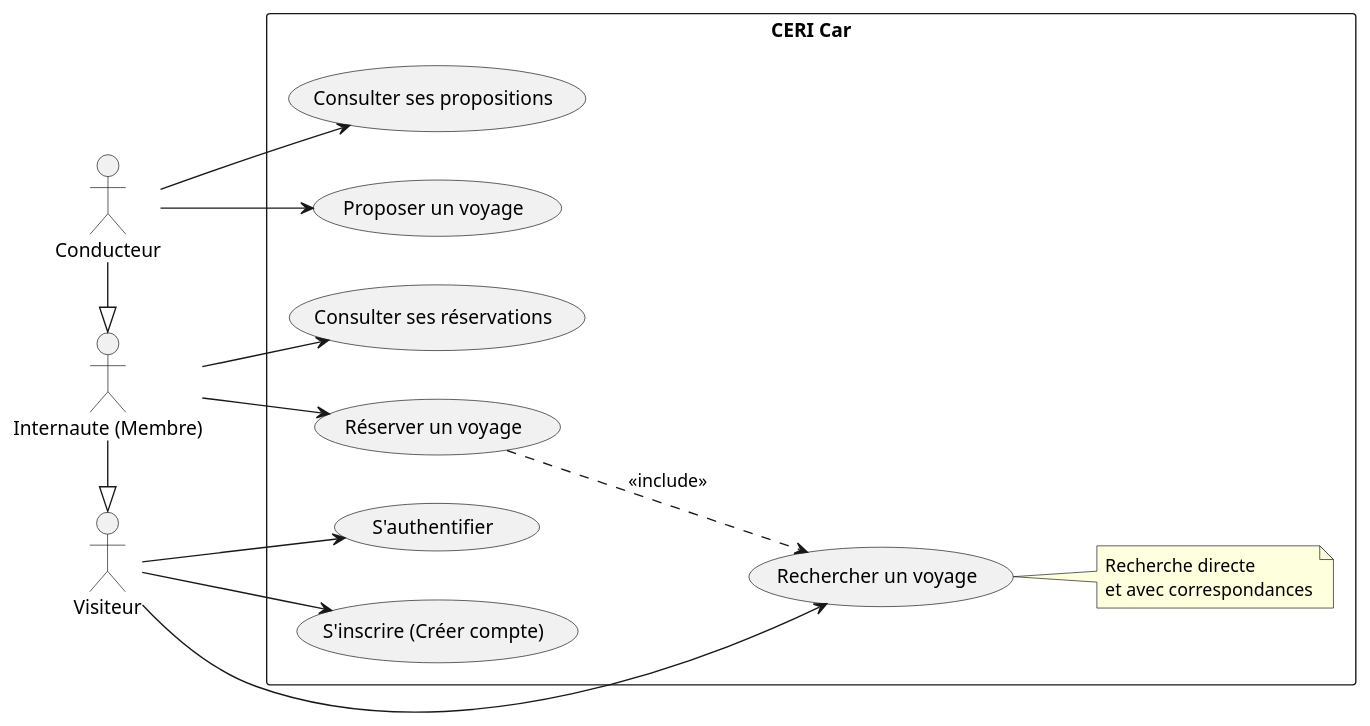
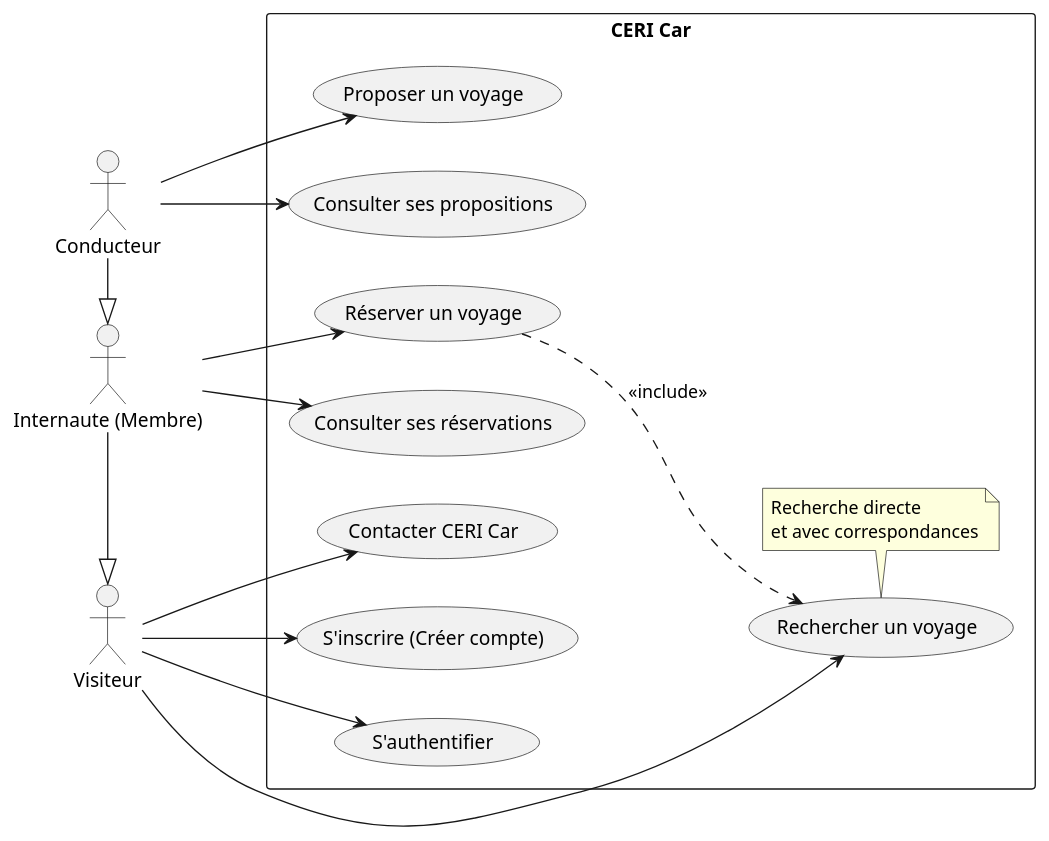
The diagram in UML/use_case.plantUML (Chihebkebbas/CERI_Car), drawn with PlantUML before and after one commit. The commit also changed 8 other files, not shown here.

Commit message:
UML diagrams final version

```diff
--- a/UML/use_case.plantUML
+++ b/UML/use_case.plantUML
@@ -1,35 +1,37 @@
 @startuml
 left to right direction
 skinparam packageStyle rectangle
 
 actor "Conducteur" as C
 actor "Internaute (Membre)" as M
 actor "Visiteur" as V
 
 M -|> V
 C -|> M
 
 rectangle "CERI Car" {
   usecase "Rechercher un voyage" as UC1
   usecase "S'inscrire (Créer compte)" as UC2
   usecase "S'authentifier" as UC3
   usecase "Réserver un voyage" as UC4
   usecase "Consulter ses réservations" as UC5
   usecase "Proposer un voyage" as UC6
   usecase "Consulter ses propositions" as UC7
+  usecase "Contacter CERI Car" as UC8
 
   C --> UC6
   C --> UC7
 
   M --> UC4
   M --> UC5
 
+
   V --> UC1
   V --> UC2
   V --> UC3
-
+  V --> UC8
 
   UC4 ..> UC1 : <<include>>
-  note right of UC1 : Recherche directe\net avec correspondances
+  note bottom of UC1 : Recherche directe\net avec correspondances
 }
 @enduml
```
